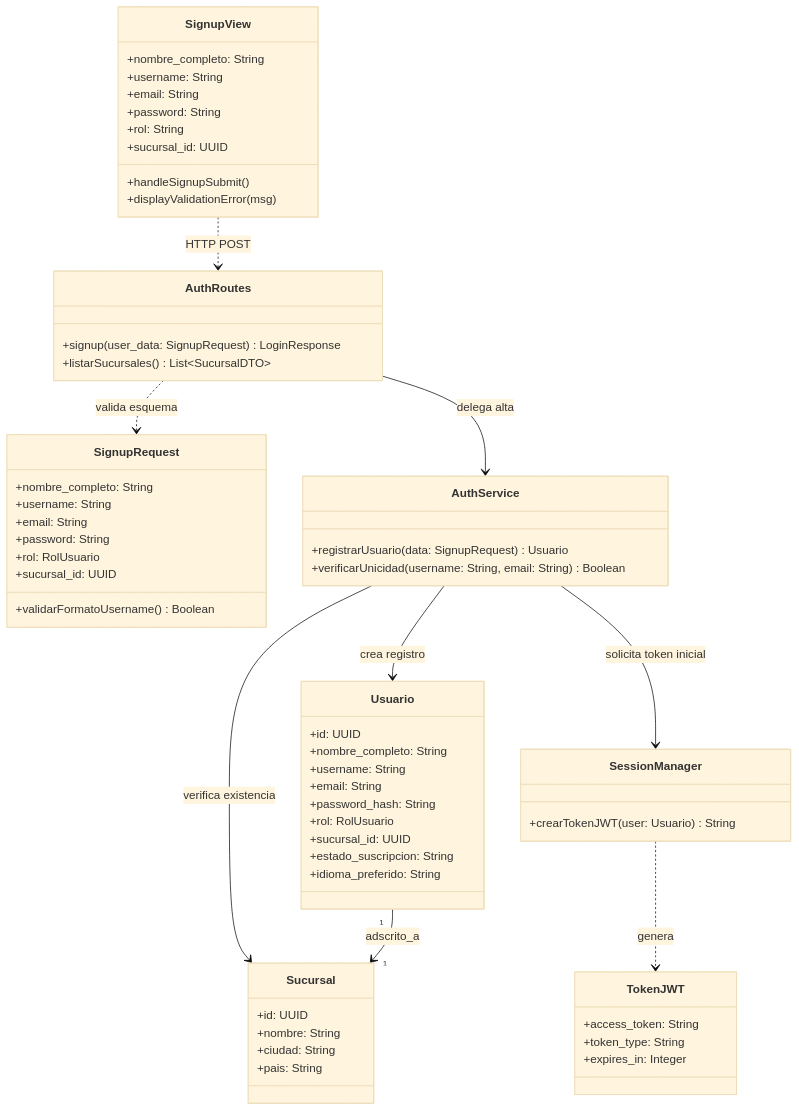
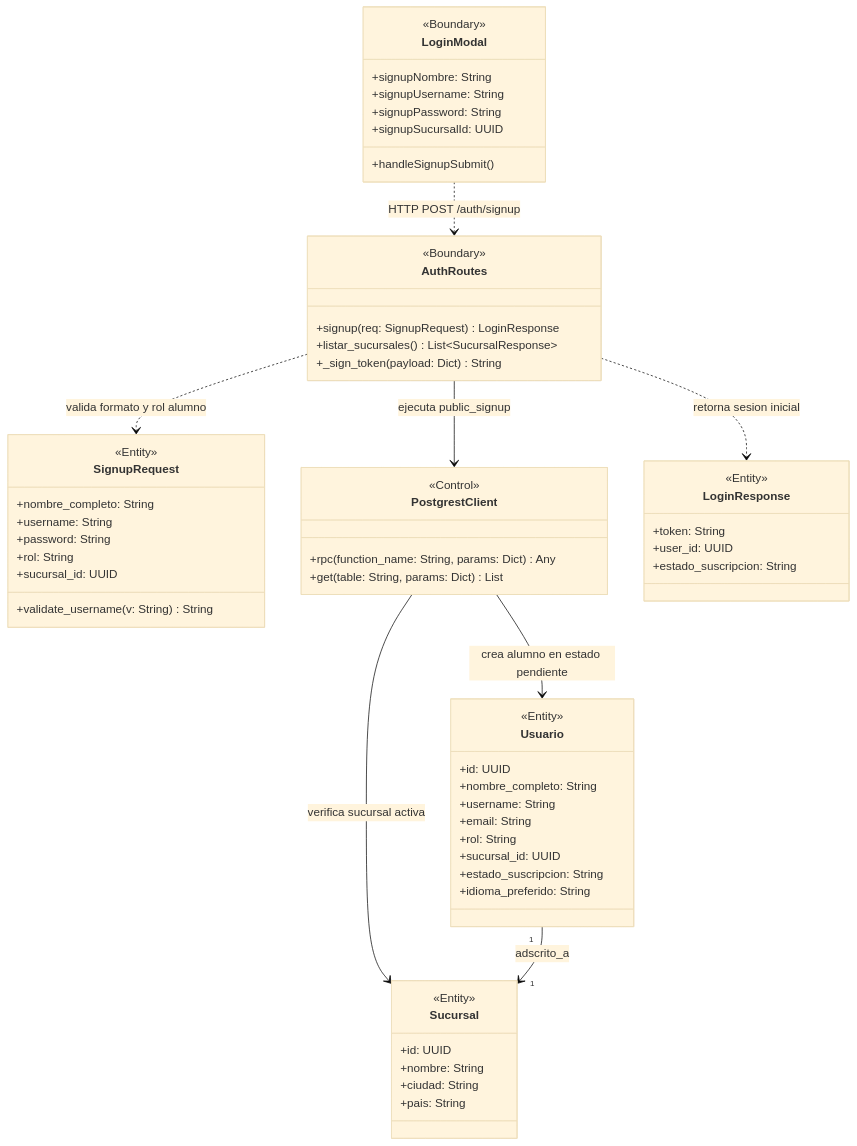
Before and after one commit to Tsmrain/JiuJitsu: the diagram in docs/diagramas/codigo/cu02_clases.mmd, drawn with Mermaid (base theme). The commit also changed 86 other files, not shown here.

Commit message:
docs: actualizar ProyectoGrado bajo ICONIX con diagramas Mermaid, Cap IX y CV, y sincronizar cambios recientes

```diff
--- a/docs/diagramas/codigo/cu02_clases.mmd
+++ b/docs/diagramas/codigo/cu02_clases.mmd
@@ -1,69 +1,67 @@
 classDiagram
-    class SignupView {
+    class LoginModal {
+        <<Boundary>>
+        +signupNombre: String
+        +signupUsername: String
+        +signupPassword: String
+        +signupSucursalId: UUID
+        +handleSignupSubmit()
+    }
+
+    class AuthRoutes {
+        <<Boundary>>
+        +signup(req: SignupRequest) LoginResponse
+        +listar_sucursales() List~SucursalResponse~
+        +_sign_token(payload: Dict) String
+    }
+
+    class SignupRequest {
+        <<Entity>>
         +nombre_completo: String
         +username: String
-        +email: String
         +password: String
         +rol: String
         +sucursal_id: UUID
-        +handleSignupSubmit()
-        +displayValidationError(msg)
+        +validate_username(v: String) String
     }
 
-    class AuthRoutes {
-        +signup(user_data: SignupRequest) LoginResponse
-        +listarSucursales() List~SucursalDTO~
-    }
-
-    class SignupRequest {
-        +nombre_completo: String
-        +username: String
-        +email: String
-        +password: String
-        +rol: RolUsuario
-        +sucursal_id: UUID
-        +validarFormatoUsername() Boolean
-    }
-
-    class AuthService {
-        +registrarUsuario(data: SignupRequest) Usuario
-        +verificarUnicidad(username: String, email: String) Boolean
-    }
-
-    class SessionManager {
-        +crearTokenJWT(user: Usuario) String
+    class PostgrestClient {
+        <<Control>>
+        +rpc(function_name: String, params: Dict) Any
+        +get(table: String, params: Dict) List
     }
 
     class Usuario {
+        <<Entity>>
         +id: UUID
         +nombre_completo: String
         +username: String
         +email: String
-        +password_hash: String
-        +rol: RolUsuario
+        +rol: String
         +sucursal_id: UUID
         +estado_suscripcion: String
         +idioma_preferido: String
     }
 
     class Sucursal {
+        <<Entity>>
         +id: UUID
         +nombre: String
         +ciudad: String
         +pais: String
     }
 
-    class TokenJWT {
-        +access_token: String
-        +token_type: String
-        +expires_in: Integer
+    class LoginResponse {
+        <<Entity>>
+        +token: String
+        +user_id: UUID
+        +estado_suscripcion: String
     }
 
-    SignupView ..> AuthRoutes : HTTP POST
-    AuthRoutes ..> SignupRequest : valida esquema
-    AuthRoutes --> AuthService : delega alta
-    AuthService --> Usuario : crea registro
-    AuthService --> Sucursal : verifica existencia
-    AuthService --> SessionManager : solicita token inicial
+    LoginModal ..> AuthRoutes : HTTP POST /auth/signup
+    AuthRoutes ..> SignupRequest : valida formato y rol alumno
+    AuthRoutes --> PostgrestClient : ejecuta public_signup
+    PostgrestClient --> Sucursal : verifica sucursal activa
+    PostgrestClient --> Usuario : crea alumno en estado pendiente
     Usuario "1" --> "1" Sucursal : adscrito_a
-    SessionManager ..> TokenJWT : genera
+    AuthRoutes ..> LoginResponse : retorna sesion inicial
```
